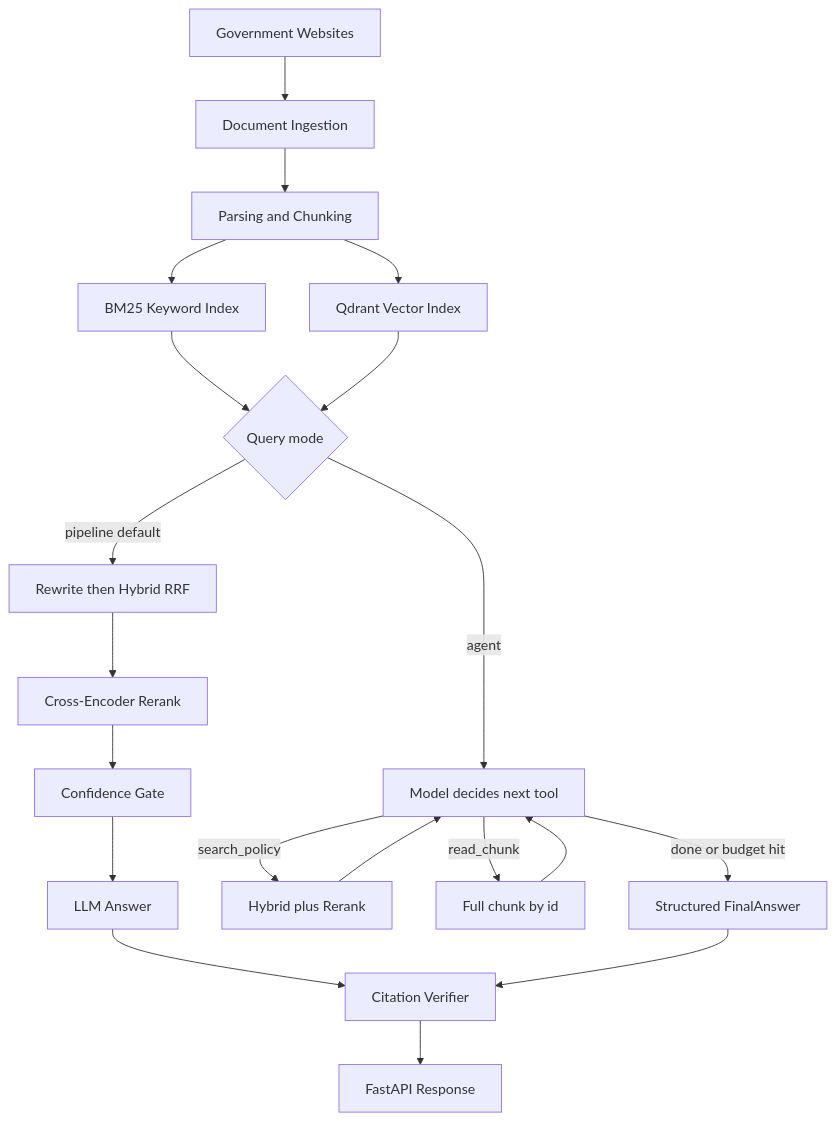
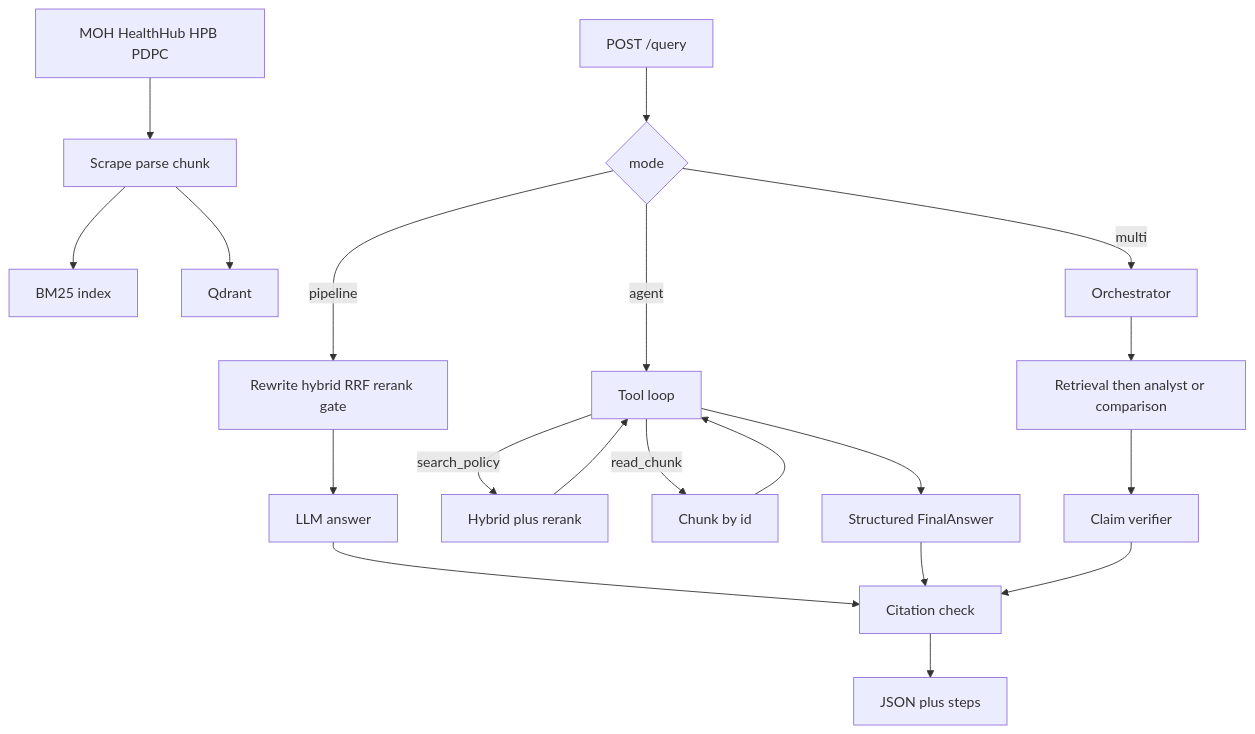
Before and after one commit to SamLookingGlass/carepolicy-rag-project: the first of 4 diagrams in README.md, drawn with Mermaid. The commit also changed other lines of this file and 19 other files, not shown here.

Commit message:
Add agent and multi-agent query modes with eval reports.

````diff
--- a/README.md
+++ b/README.md
@@ -26,22 +25,22 @@
 ```mermaid
 flowchart TD
-    A[Government Websites] --> B[Document Ingestion]
-    B --> C[Parsing and Chunking]
-    C --> D[BM25 Keyword Index]
-    C --> E[Qdrant Vector Index]
-    D --> F{Query mode}
-    E --> F
-    F -->|pipeline default| G[Rewrite then Hybrid RRF]
-    G --> H[Cross-Encoder Rerank]
-    H --> I[Confidence Gate]
-    I --> J[LLM Answer]
-    J --> K[Citation Verifier]
-    F -->|agent| L[Model decides next tool]
-    L -->|search_policy| M[Hybrid plus Rerank]
-    L -->|read_chunk| N[Full chunk by id]
-    M --> L
-    N --> L
-    L -->|done or budget hit| O[Structured FinalAnswer]
-    O --> K
-    K --> P[FastAPI Response]
+    Sites[MOH HealthHub HPB PDPC] --> Ingest[Scrape parse chunk]
+    Ingest --> BM25[BM25 index]
+    Ingest --> Qdrant[Qdrant]
+    Q[POST /query] --> Mode{mode}
+    Mode -->|pipeline| Pipe[Rewrite hybrid RRF rerank gate]
+    Pipe --> Answer[LLM answer]
+    Mode -->|agent| Agent[Tool loop]
+    Agent -->|search_policy| Hybrid[Hybrid plus rerank]
+    Agent -->|read_chunk| Chunk[Chunk by id]
+    Hybrid --> Agent
+    Chunk --> Agent
+    Agent --> Struct[Structured FinalAnswer]
+    Mode -->|multi| Orch[Orchestrator]
+    Orch --> Spec[Retrieval then analyst or comparison]
+    Spec --> Ver[Claim verifier]
+    Answer --> Cite[Citation check]
+    Struct --> Cite
+    Ver --> Cite
+    Cite --> API[JSON plus steps]
 ```
````
